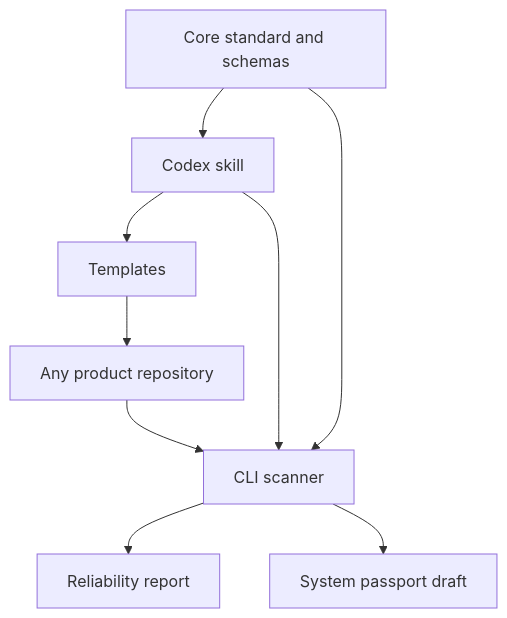
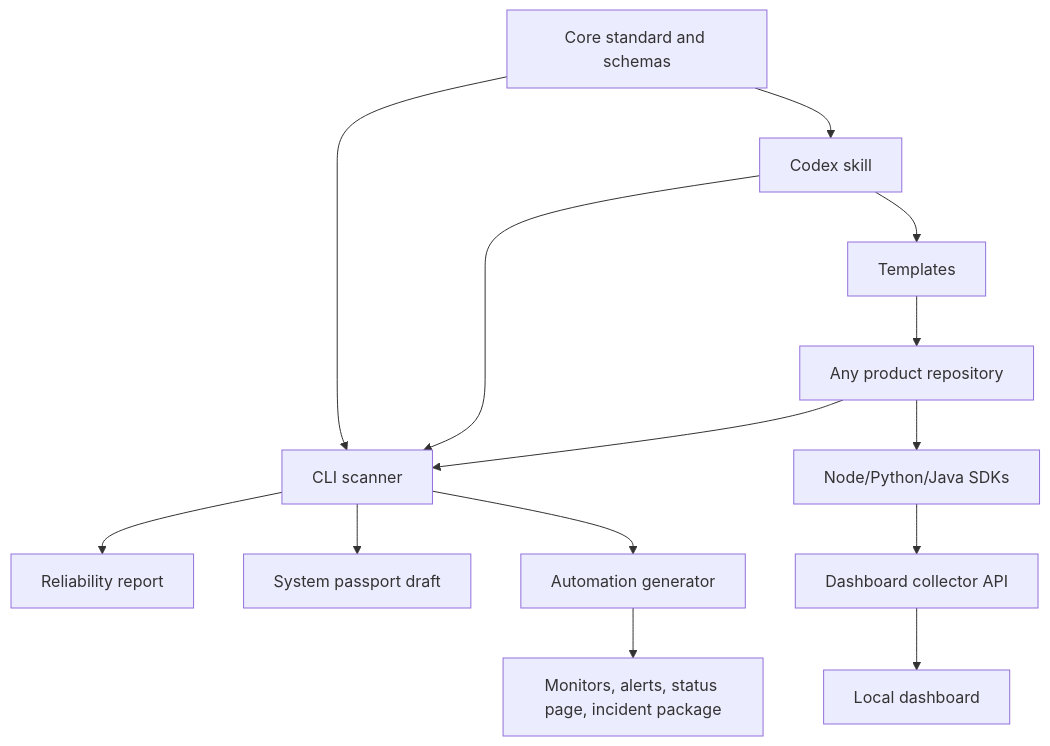
The first of 2 diagrams in docs/architecture.md (shubaomi/ai-product-reliability-kit), drawn with Mermaid before and after one commit. The commit also changed other lines of this file and 33 other files, not shown here.

Commit message:
feat: add SDK dashboard and automation stages

````diff
--- a/docs/architecture.md
+++ b/docs/architecture.md
@@ -5,11 +5,16 @@
 ```mermaid
 flowchart TD
   P["Any product repository"] --> C["CLI scanner"]
   C --> R["Reliability report"]
   C --> S["System passport draft"]
   K["Codex skill"] --> C
   K --> T["Templates"]
   T --> P
   STD["Core standard and schemas"] --> C
   STD --> K
+  SDK["Node/Python/Java SDKs"] --> API["Dashboard collector API"]
+  P --> SDK
+  API --> D["Local dashboard"]
+  A["Automation generator"] --> M["Monitors, alerts, status page, incident package"]
+  C --> A
 ```
````
